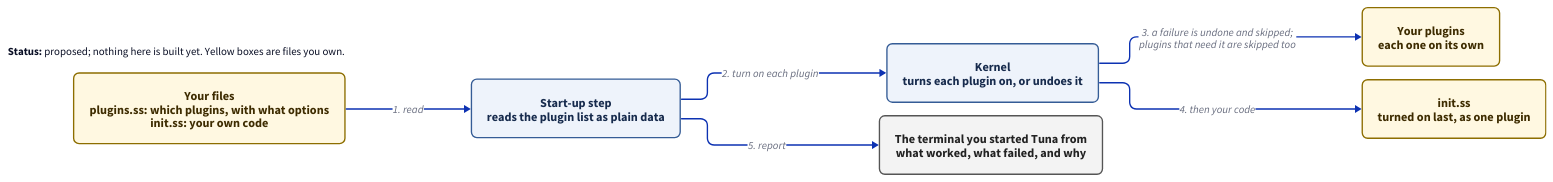
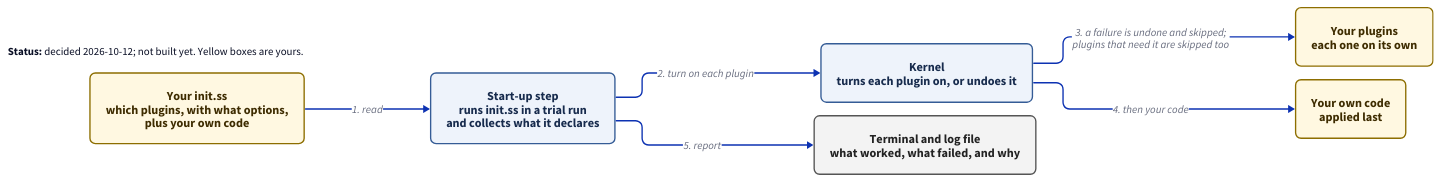
One commit to jaybonthius/tuna changed the diagram in docs/diagrams/config-startup.d2. Above: the diagram before and after it, drawn with D2. The commit also changed 5 other files, not shown here.

```diff
--- a/docs/diagrams/config-startup.d2
+++ b/docs/diagrams/config-startup.d2
@@ -1,55 +1,55 @@
 # What happens when Tuna starts with your configuration?
 vars: {
   d2-config: {
     layout-engine: elk
     theme-id: 0
   }
 }
 direction: right
 
 classes: {
   yours: {
     style: {
       fill: "#fff8e1"
       stroke: "#8d6e00"
       font-color: "#3e2c00"
       border-radius: 8
       font-size: 18
     }
   }
   tuna: {
     style: {
       fill: "#eef3fb"
       stroke: "#355c96"
       font-color: "#172b4d"
       border-radius: 8
       font-size: 18
     }
   }
   out: {
     style: {
       fill: "#f3f3f3"
       stroke: "#555555"
       font-color: "#222222"
       border-radius: 8
       font-size: 18
     }
   }
 }
 
 legend: |md
-  **Status:** proposed; nothing here is built yet. Yellow boxes are files you own.
+  **Status:** decided 2026-10-12; not built yet. Yellow boxes are yours.
 |
 
-files: "Your files\nplugins.ss: which plugins, with what options\ninit.ss: your own code" {class: yours}
-boot: "Start-up step\nreads the plugin list as plain data" {class: tuna}
+files: "Your init.ss\nwhich plugins, with what options,\nplus your own code" {class: yours}
+boot: "Start-up step\nruns init.ss in a trial run\nand collects what it declares" {class: tuna}
 kernel: "Kernel\nturns each plugin on, or undoes it" {class: tuna}
 plugins: "Your plugins\neach one on its own" {class: yours}
-init: "init.ss\nturned on last, as one plugin" {class: yours}
-terminal: "The terminal you started Tuna from\nwhat worked, what failed, and why" {class: out}
+init: "Your own code\napplied last" {class: yours}
+terminal: "Terminal and log file\nwhat worked, what failed, and why" {class: out}
 
 files -> boot: "1. read"
 boot -> kernel: "2. turn on each plugin"
 kernel -> plugins: "3. a failure is undone and skipped;\nplugins that need it are skipped too"
 kernel -> init: "4. then your code"
 boot -> terminal: "5. report"
```
